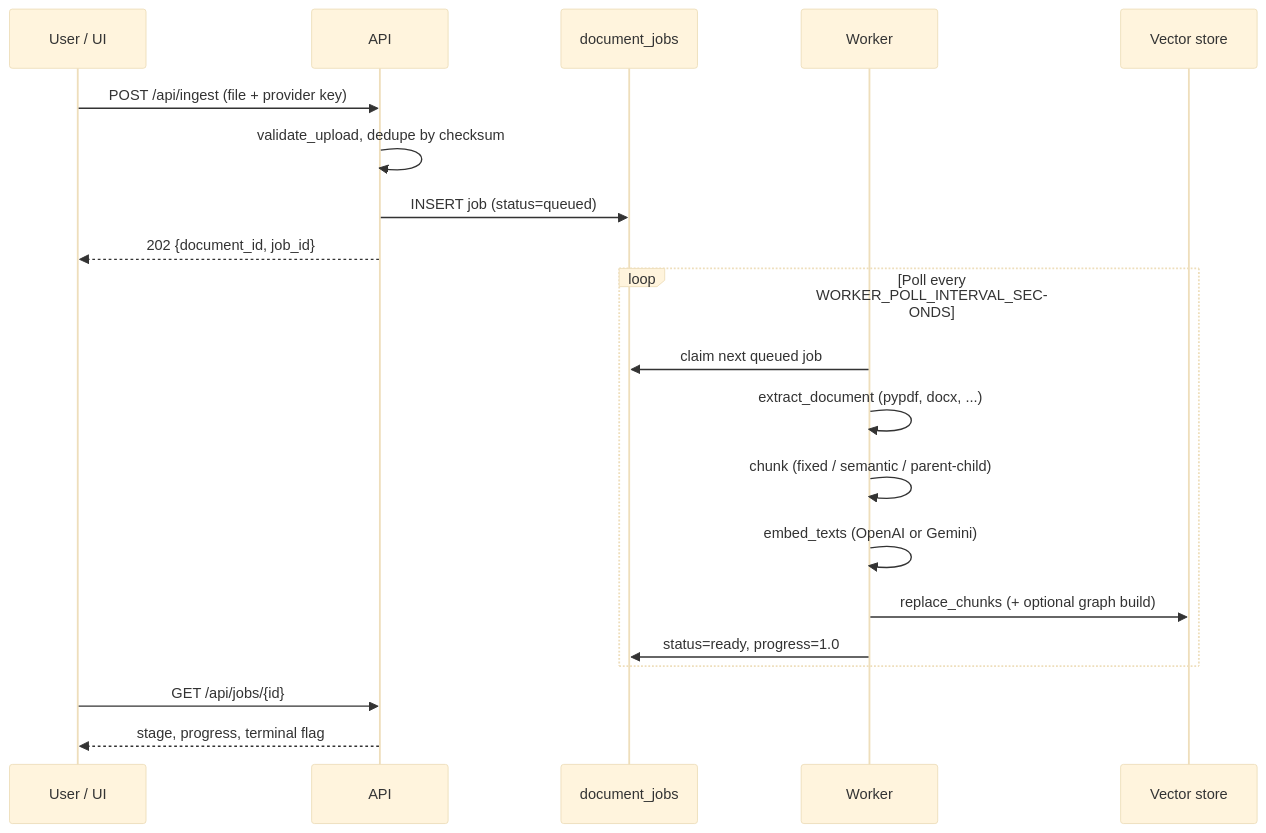
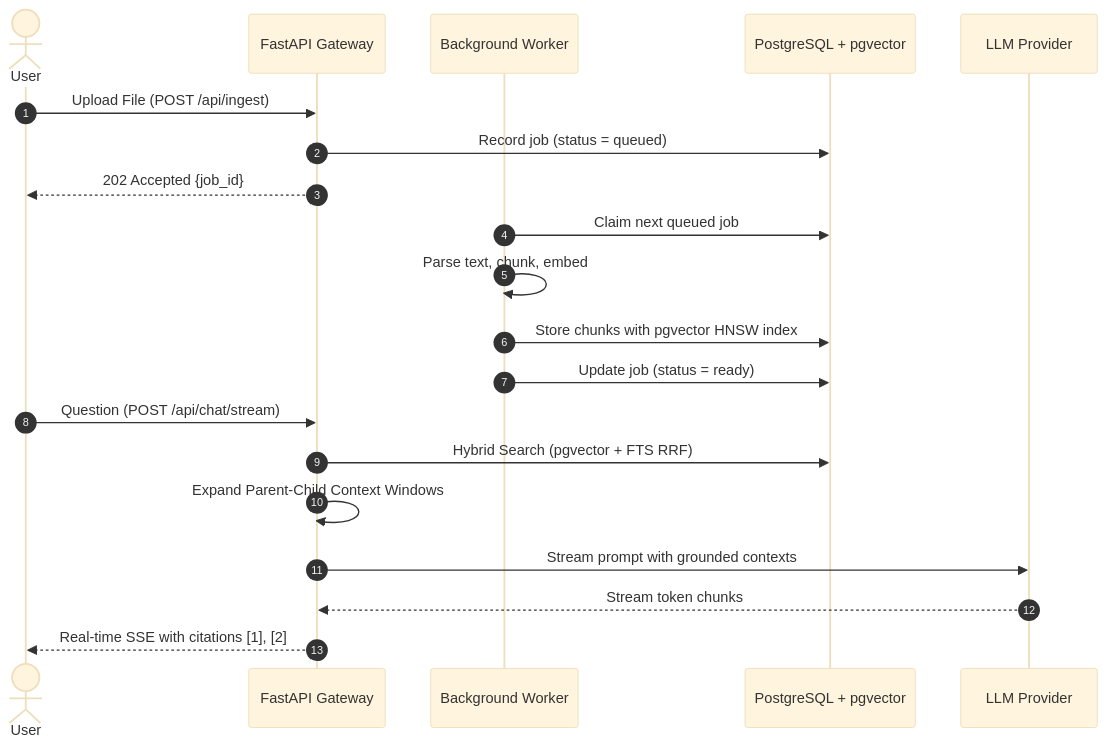
The second of 3 diagrams in README.md (khoiabc2020/Advanced-RAG-Document-Intelligence), drawn with Mermaid (base theme) before and after one commit. The commit also changed other lines of this file, not shown here.

Commit message:
docs: streamline README into concise showcase format with validated architecture diagrams

````diff
--- a/README.md
+++ b/README.md
@@ -218,25 +115,25 @@
 ```mermaid
 sequenceDiagram
-  participant U as User / UI
-  participant A as API
-  participant Q as document_jobs
-  participant W as Worker
-  participant V as Vector store
+  autonumber
+  actor User
+  participant API as FastAPI Gateway
+  participant Worker as Background Worker
+  participant DB as PostgreSQL + pgvector
+  participant LLM as LLM Provider
 
-  U->>A: POST /api/ingest (file + provider key)
-  A->>A: validate_upload, dedupe by checksum
-  A->>Q: INSERT job (status=queued)
-  A-->>U: 202 {document_id, job_id}
+  User->>API: Upload File (POST /api/ingest)
+  API->>DB: Record job (status = queued)
+  API-->>User: 202 Accepted {job_id}
 
-  loop Poll every WORKER_POLL_INTERVAL_SECONDS
-    W->>Q: claim next queued job
-    W->>W: extract_document (pypdf, docx, ...)
-    W->>W: chunk (fixed / semantic / parent-child)
-    W->>W: embed_texts (OpenAI or Gemini)
-    W->>V: replace_chunks (+ optional graph build)
-    W->>Q: status=ready, progress=1.0
-  end
+  Worker->>DB: Claim next queued job
+  Worker->>Worker: Parse text, chunk, embed
+  Worker->>DB: Store chunks with pgvector HNSW index
+  Worker->>DB: Update job (status = ready)
 
-  U->>A: GET /api/jobs/{id}
-  A-->>U: stage, progress, terminal flag
+  User->>API: Question (POST /api/chat/stream)
+  API->>DB: Hybrid Search (pgvector + FTS RRF)
+  API->>API: Expand Parent-Child Context Windows
+  API->>LLM: Stream prompt with grounded contexts
+  LLM-->>API: Stream token chunks
+  API-->>User: Real-time SSE with citations [1], [2]
 ```
````
